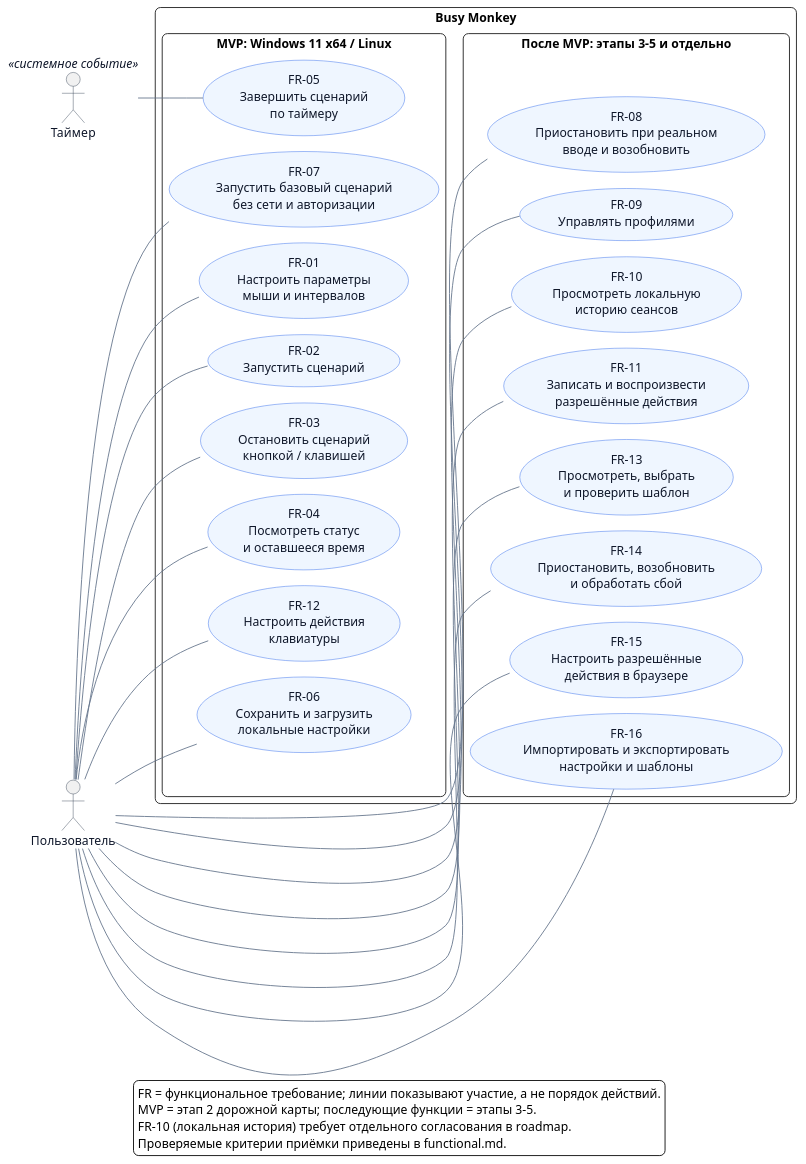
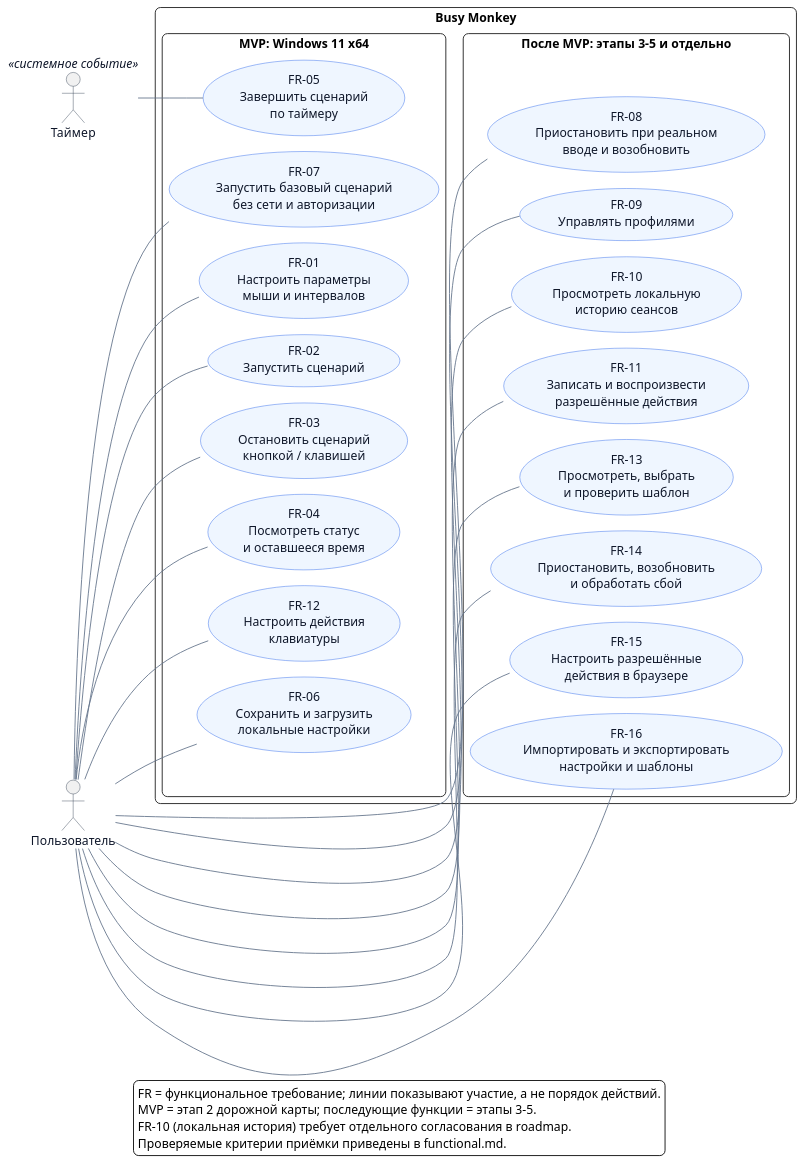
Before and after one commit to sovesti/busymonkey: the diagram in diagrams/raw diagrams/functional.puml, drawn with PlantUML. The commit also changed 6 other files, not shown here.

First line of the commit message:
small changes to diagrams folder

```diff
--- a/diagrams/raw diagrams/functional.puml
+++ b/diagrams/raw diagrams/functional.puml
@@ -1,76 +1,76 @@
 @startuml functional
 !pragma layout smetana
 left to right direction
 skinparam defaultFontName Arial
 skinparam defaultFontSize 14
 skinparam backgroundColor #FFFFFF
 skinparam shadowing false
 skinparam roundcorner 12
 skinparam ArrowColor #64748B
 skinparam packageStyle rectangle
 skinparam nodesep 35
 skinparam ranksep 45
 skinparam usecase {
   BackgroundColor #EFF6FF
   BorderColor #2563EB
   FontColor #0F172A
 }
 skinparam actor {
   BorderColor #334155
   FontColor #0F172A
 }
 
 actor "Пользователь" as User
 actor "Таймер" as Timer <<системное событие>>
 
 rectangle "Busy Monkey" {
-  package "MVP: Windows 11 x64 / Linux" as MVP {
+  package "MVP: Windows 11 x64" as MVP {
     usecase "FR-01\nНастроить параметры\nмыши и интервалов" as FR01
     usecase "FR-02\nЗапустить сценарий" as FR02
     usecase "FR-03\nОстановить сценарий\nкнопкой / клавишей" as FR03
     usecase "FR-04\nПосмотреть статус\nи оставшееся время" as FR04
     usecase "FR-05\nЗавершить сценарий\nпо таймеру" as FR05
     usecase "FR-06\nСохранить и загрузить\nлокальные настройки" as FR06
     usecase "FR-07\nЗапустить базовый сценарий\nбез сети и авторизации" as FR07
     usecase "FR-12\nНастроить действия\nклавиатуры" as FR12
   }
 
   package "После MVP: этапы 3-5 и отдельно" as AfterMVP {
     usecase "FR-08\nПриостановить при реальном\nвводе и возобновить" as FR08
     usecase "FR-09\nУправлять профилями" as FR09
     usecase "FR-10\nПросмотреть локальную\nисторию сеансов" as FR10
     usecase "FR-11\nЗаписать и воспроизвести\nразрешённые действия" as FR11
     usecase "FR-13\nПросмотреть, выбрать\nи проверить шаблон" as FR13
     usecase "FR-14\nПриостановить, возобновить\nи обработать сбой" as FR14
     usecase "FR-15\nНастроить разрешённые\nдействия в браузере" as FR15
     usecase "FR-16\nИмпортировать и экспортировать\nнастройки и шаблоны" as FR16
   }
 
   ' Скрытая связь задаёт предпочтительный порядок групп.
   MVP -[hidden]down-> AfterMVP
 }
 
 User -- FR01
 User -- FR02
 User -- FR03
 User -- FR04
 User -- FR06
 User -- FR07
 User -- FR12
 User -- FR08
 User -- FR09
 User -- FR10
 User -- FR11
 User -- FR13
 User -- FR14
 User -- FR15
 User -- FR16
 Timer -- FR05
 
 legend bottom
   FR = функциональное требование; линии показывают участие, а не порядок действий.
   MVP = этап 2 дорожной карты; последующие функции = этапы 3-5.
   FR-10 (локальная история) требует отдельного согласования в roadmap.
   Проверяемые критерии приёмки приведены в functional.md.
 endlegend
 @enduml
```
